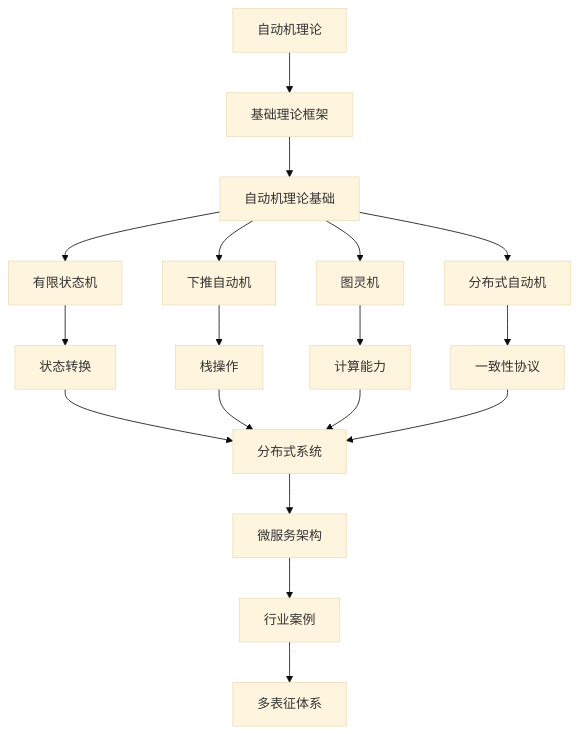
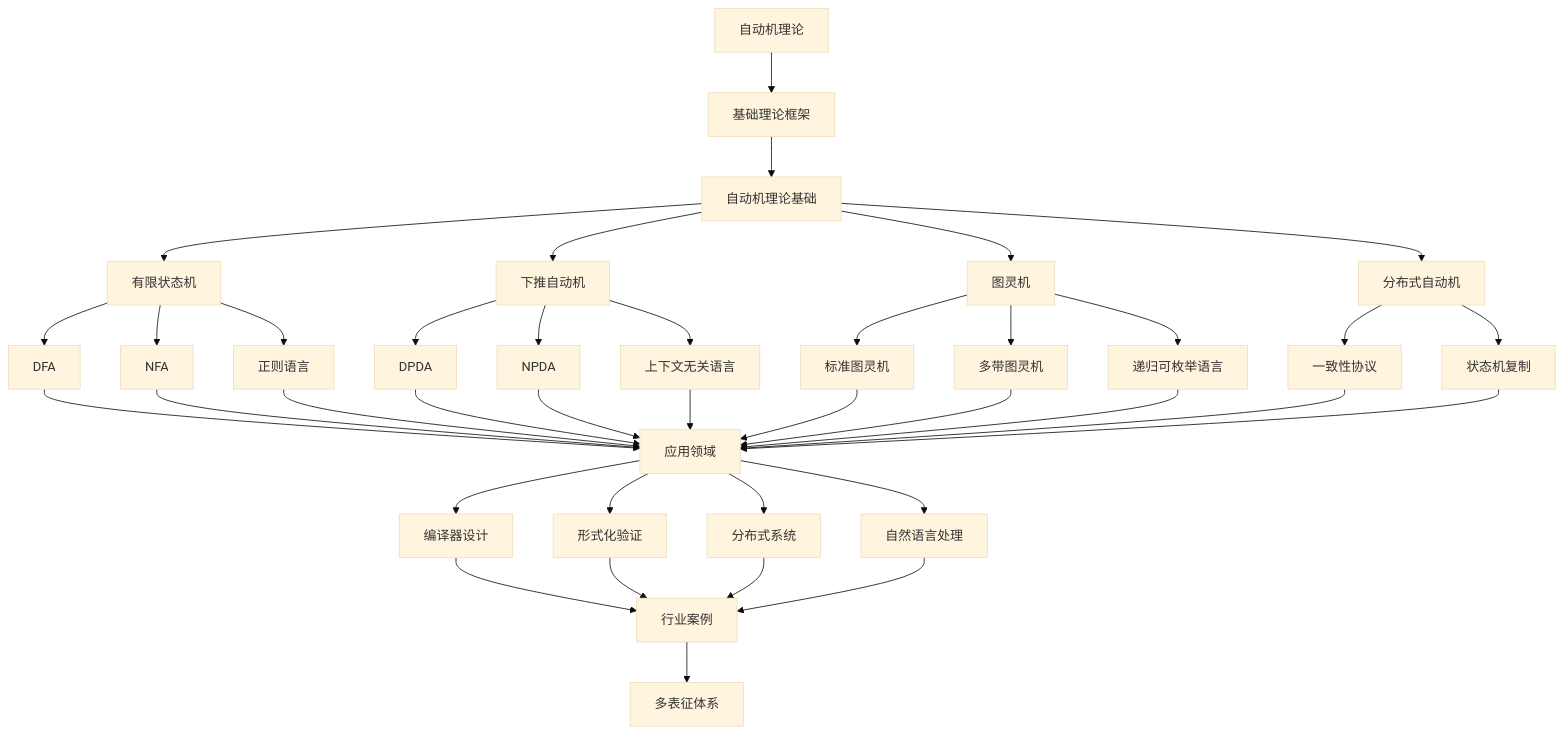
The diagram in Analysis/2-形式科学理论/2.2-自动机理论/README.md (AdaMartin18010/Data-Science), drawn with Mermaid (base theme) before and after one commit. The commit also changed other lines of this file and 40 other files, not shown here.

````diff
--- a/Analysis/2-形式科学理论/2.2-自动机理论/README.md
+++ b/Analysis/2-形式科学理论/2.2-自动机理论/README.md
@@ -180,17 +265,33 @@
 ```mermaid
 flowchart TD
   A[自动机理论] --> B[基础理论框架]
   B --> C[自动机理论基础]
   C --> D[有限状态机]
   C --> E[下推自动机]
   C --> F[图灵机]
   C --> G[分布式自动机]
-  D --> H[状态转换]
-  E --> I[栈操作]
-  F --> J[计算能力]
-  G --> K[一致性协议]
-  H & I & J & K --> L[分布式系统]
-  L --> M[微服务架构]
-  M --> N[行业案例]
-  N --> O[多表征体系]
+
+  D --> H[DFA]
+  D --> I[NFA]
+  D --> J[正则语言]
+
+  E --> K[DPDA]
+  E --> L[NPDA]
+  E --> M[上下文无关语言]
+
+  F --> N[标准图灵机]
+  F --> O[多带图灵机]
+  F --> P[递归可枚举语言]
+
+  G --> Q[一致性协议]
+  G --> R[状态机复制]
+
+  H & I & J & K & L & M & N & O & P & Q & R --> S[应用领域]
+  S --> T[编译器设计]
+  S --> U[形式化验证]
+  S --> V[分布式系统]
+  S --> W[自然语言处理]
+
+  T & U & V & W --> X[行业案例]
+  X --> Y[多表征体系]
 ```
````
